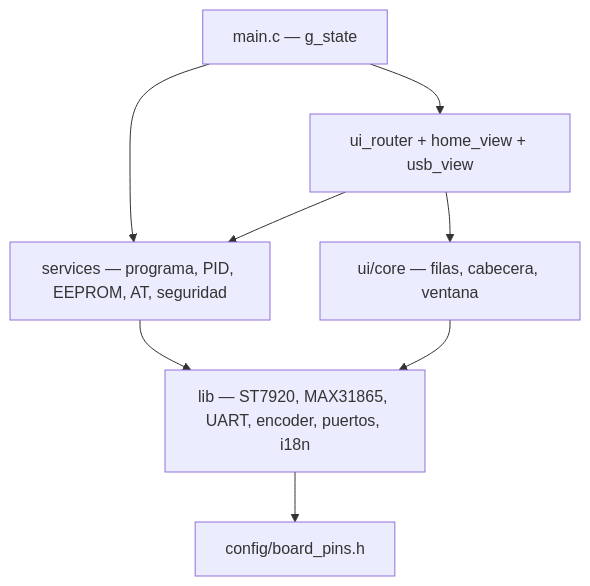
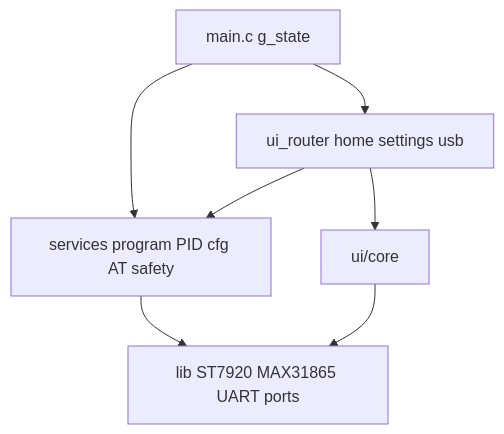
The first of 3 diagrams in doc/architecture.md (krisskira/smd-soldering-hotplate), drawn with Mermaid before and after one commit. The commit also changed other lines of this file and 40 other files, not shown here.

````diff
--- a/doc/architecture.md
+++ b/doc/architecture.md
@@ -49,17 +39,14 @@
 ```mermaid
 flowchart TB
-    main["main.c — g_state"]
-    ui["ui_router + home_view + usb_view"]
-    core["ui/core — filas, cabecera, ventana"]
-    svc["services — programa, PID, EEPROM, AT, seguridad"]
-    lib["lib — ST7920, MAX31865, UART, encoder, puertos, i18n"]
-    pins["config/board_pins.h"]
-
-    main --> ui
-    main --> svc
-    ui --> core
-    ui --> svc
-    svc --> lib
-    core --> lib
-    lib --> pins
+  main["main.c g_state"]
+  shell["ui_router home settings usb"]
+  coreUi["ui/core"]
+  svc["services program PID cfg AT safety"]
+  lib["lib ST7920 MAX31865 UART ports"]
+  main --> shell
+  main --> svc
+  shell --> coreUi
+  shell --> svc
+  svc --> lib
+  coreUi --> lib
 ```
````
